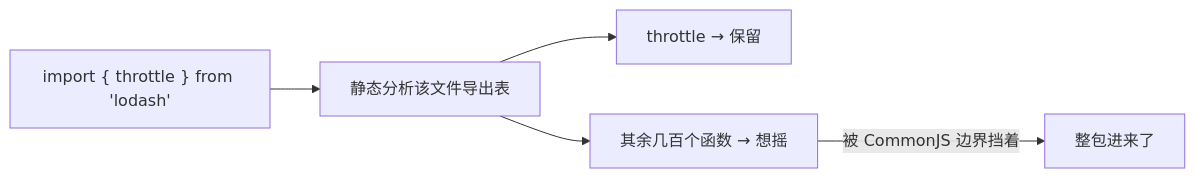
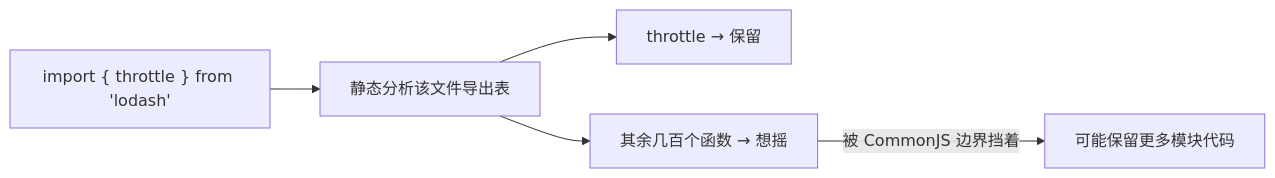
The diagram in content/posts/tree-shaking-comparison-costs.md (MoreConsequence/MoreConsequence.github.io), drawn with Mermaid before and after one commit. The commit also changed other lines of this file and 2626 other files, not shown here.

````diff
--- a/content/posts/tree-shaking-comparison-costs.md
+++ b/content/posts/tree-shaking-comparison-costs.md
@@ -18,7 +18,7 @@
 ```mermaid
 flowchart LR
     A["import { throttle } from 'lodash'"] --> B["静态分析该文件导出表"]
     B --> C1["throttle → 保留"]
     B --> C2["其余几百个函数 → 想摇"]
-    C2 -->|"被 CommonJS 边界挡着"| X["整包进来了"]
+    C2 -->|"被 CommonJS 边界挡着"| X["可能保留更多模块代码"]
 ```
````
